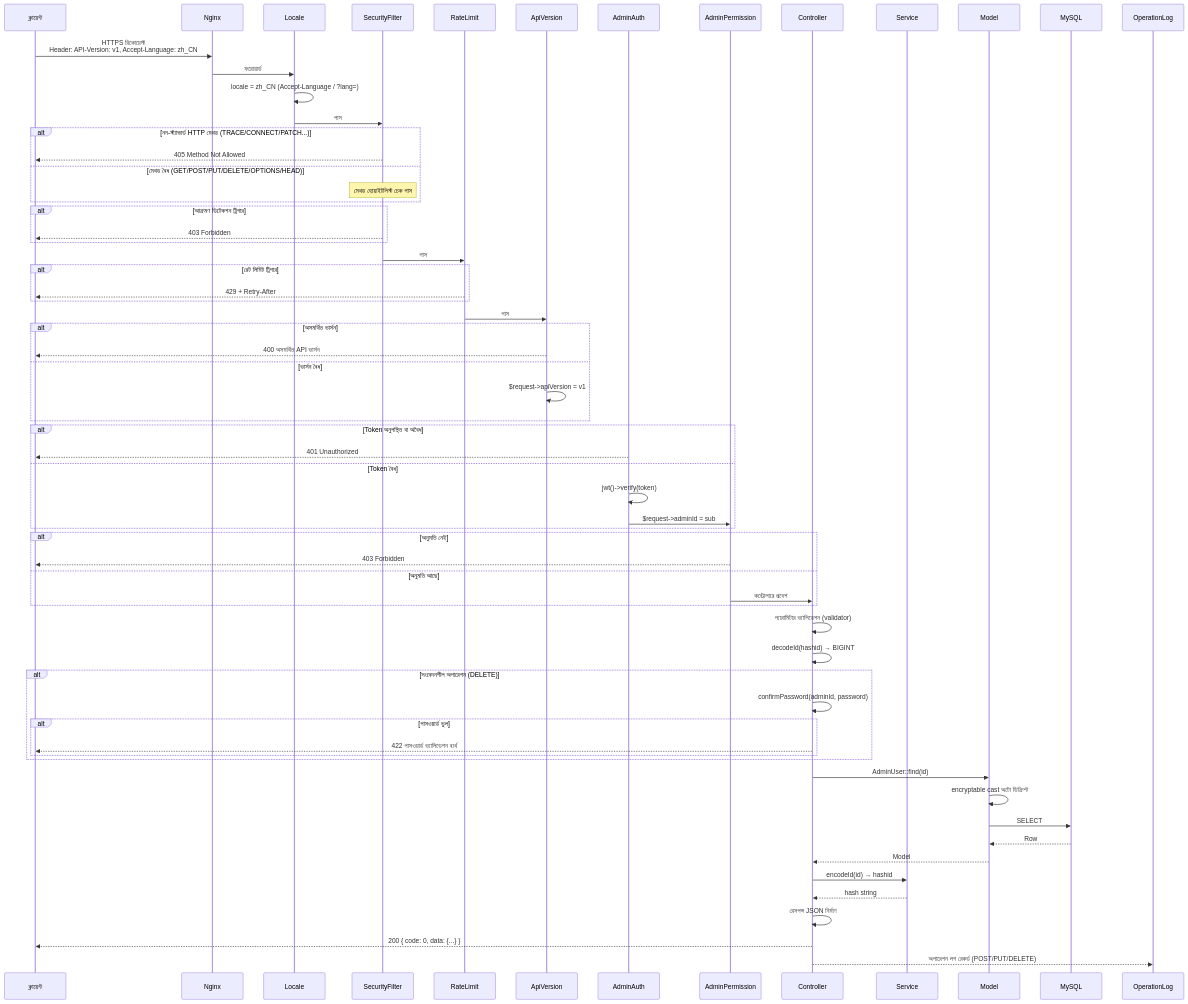
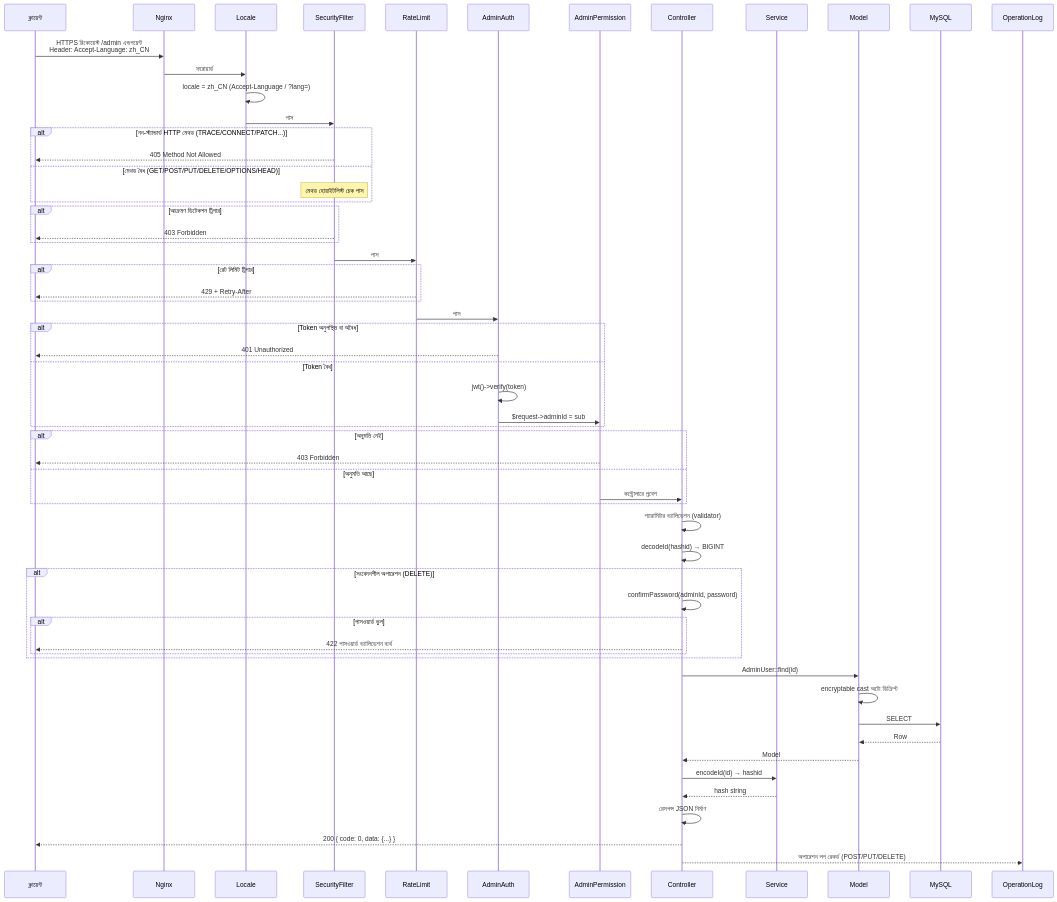
One commit to erikwang2013/open-admin changed the third of 14 diagrams in docs/ARCHITECTURE.bn.md. Above: the diagram before and after it, drawn with Mermaid. The commit also changed other lines of this file and 115 other files, not shown here.

First line of the commit message:
功能：新增项目宠物「小安」、站点首页与手写 SVG 设计图集；全部文档对齐代码

````diff
--- a/docs/ARCHITECTURE.bn.md
+++ b/docs/ARCHITECTURE.bn.md
@@ -147,82 +144,75 @@
 ```mermaid
 sequenceDiagram
     participant C as ক্লায়েন্ট
     participant N as Nginx
     participant MW_LOC as Locale
     participant MW_SF as SecurityFilter
     participant MW_RL as RateLimit
-    participant MW0 as ApiVersion
     participant MW1 as AdminAuth
     participant MW2 as AdminPermission
     participant CTL as Controller
     participant SVC as Service
     participant MDL as Model
     participant DB as MySQL
     participant OPLOG as OperationLog
 
-    C->>N: HTTPS রিকোয়েস্ট<br/>Header: API-Version: v1, Accept-Language: zh_CN
+    C->>N: HTTPS রিকোয়েস্ট /admin এন্ডপয়েন্ট<br/>Header: Accept-Language: zh_CN
     N->>MW_LOC: ফরোয়ার্ড
 
     MW_LOC->>MW_LOC: locale = zh_CN (Accept-Language / ?lang=)
     MW_LOC->>MW_SF: পাস
 
     alt নন-স্ট্যান্ডার্ড HTTP মেথড (TRACE/CONNECT/PATCH...)
         MW_SF-->>C: 405 Method Not Allowed
     else মেথড বৈধ (GET/POST/PUT/DELETE/OPTIONS/HEAD)
         Note over MW_SF: মেথড হোয়াইটলিস্ট চেক পাস
     end
 
     alt আক্রমণ ডিটেকশন ট্রিগার
         MW_SF-->>C: 403 Forbidden
     end
 
     MW_SF->>MW_RL: পাস
 
     alt রেট লিমিট ট্রিগার
         MW_RL-->>C: 429 + Retry-After
     end
 
-    MW_RL->>MW0: পাস
-
-    alt অসমর্থিত ভার্সন
-        MW0-->>C: 400 অসমর্থিত API ভার্সন
-    else ভার্সন বৈধ
-        MW0->>MW0: $request->apiVersion = v1
-    end
+    MW_RL->>MW1: পাস
 
     alt Token অনুপস্থিত বা অবৈধ
         MW1-->>C: 401 Unauthorized
     else Token বৈধ
         MW1->>MW1: jwt()->verify(token)
         MW1->>MW2: $request->adminId = sub
     end
 
     alt অনুমতি নেই
         MW2-->>C: 403 Forbidden
     else অনুমতি আছে
         MW2->>CTL: কন্ট্রোলারে প্রবেশ
     end
 
     CTL->>CTL: প্যারামিটার ভ্যালিডেশন (validator)
     CTL->>CTL: decodeId(hashid) → BIGINT
 
     alt সংবেদনশীল অপারেশন (DELETE)
         CTL->>CTL: confirmPassword(adminId, password)
         alt পাসওয়ার্ড ভুল
             CTL-->>C: 422 পাসওয়ার্ড ভ্যালিডেশন ব্যর্থ
         end
     end
 
     CTL->>MDL: AdminUser::find(id)
     MDL->>MDL: encryptable cast অটো ডিক্রিপ্ট
     MDL->>DB: SELECT
     DB-->>MDL: Row
     MDL-->>CTL: Model
 
     CTL->>SVC: encodeId(id) → hashid
     SVC-->>CTL: hash string
 
     CTL->>CTL: রেসপন্স JSON নির্মাণ
     CTL-->>C: 200 { code: 0, data: {...} }
     CTL-->>OPLOG: অপারেশন লগ রেকর্ড (POST/PUT/DELETE)
 ```
````
